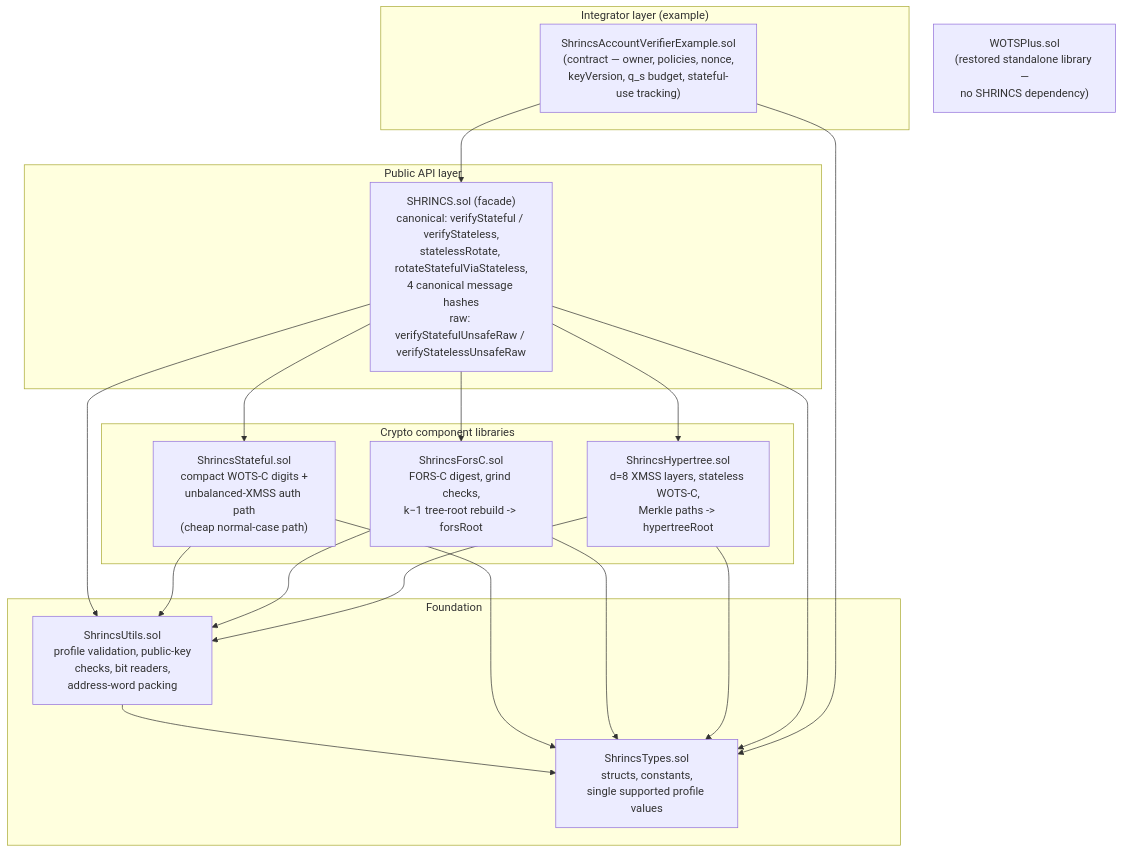
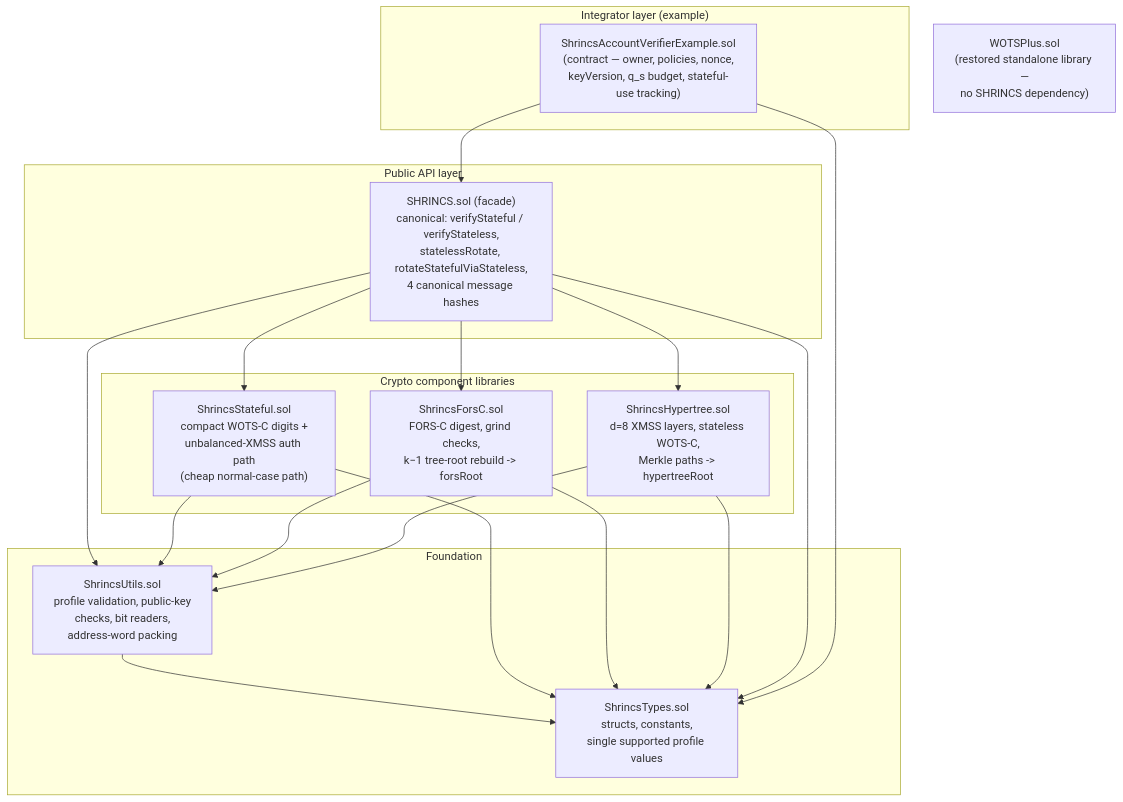
The second of 2 diagrams in README.md (QuipNetwork/hashsigs-solidity), drawn with Mermaid before and after one commit. The commit also changed other lines of this file and 5 other files, not shown here.

Commit message:
removed public raw verifier entry points and kept canonical SHRINCS verification paths only

````diff
--- a/README.md
+++ b/README.md
@@ -68,38 +68,38 @@
 ```mermaid
 graph TD
     subgraph "Integrator layer (example)"
         EX["ShrincsAccountVerifierExample.sol<br/>(contract — owner, policies, nonce,<br/>keyVersion, q_s budget, stateful-use tracking)"]
     end
 
     subgraph "Public API layer"
-        FA["SHRINCS.sol (facade)<br/>canonical: verifyStateful / verifyStateless,<br/>statelessRotate, rotateStatefulViaStateless,<br/>4 canonical message hashes<br/>raw: verifyStatefulUnsafeRaw / verifyStatelessUnsafeRaw"]
+        FA["SHRINCS.sol (facade)<br/>canonical: verifyStateful / verifyStateless,<br/>statelessRotate, rotateStatefulViaStateless,<br/>4 canonical message hashes"]
     end
 
     subgraph "Crypto component libraries"
         ST["ShrincsStateful.sol<br/>compact WOTS-C digits +<br/>unbalanced-XMSS auth path<br/>(cheap normal-case path)"]
         FO["ShrincsForsC.sol<br/>FORS-C digest, grind checks,<br/>k−1 tree-root rebuild -> forsRoot"]
         HY["ShrincsHypertree.sol<br/>d=8 XMSS layers, stateless WOTS-C,<br/>Merkle paths -> hypertreeRoot"]
     end
 
     subgraph "Foundation"
         UT["ShrincsUtils.sol<br/>profile validation, public-key<br/>checks, bit readers,<br/>address-word packing"]
         TY["ShrincsTypes.sol<br/>structs, constants,<br/>single supported profile values"]
     end
 
     WP["WOTSPlus.sol<br/>(restored standalone library —<br/>no SHRINCS dependency)"]
 
     EX --> FA
     FA --> ST
     FA --> FO
     FA --> HY
     FA --> UT
     ST --> UT
     FO --> UT
     HY --> UT
     UT --> TY
     ST --> TY
     FO --> TY
     HY --> TY
     FA --> TY
     EX --> TY
 ```
````
